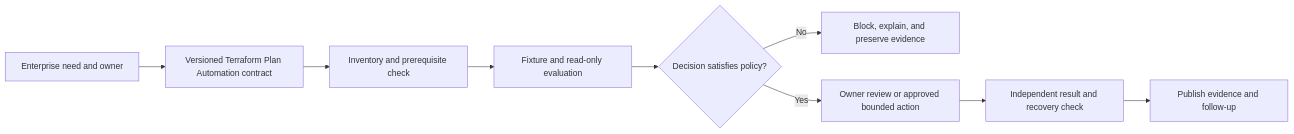
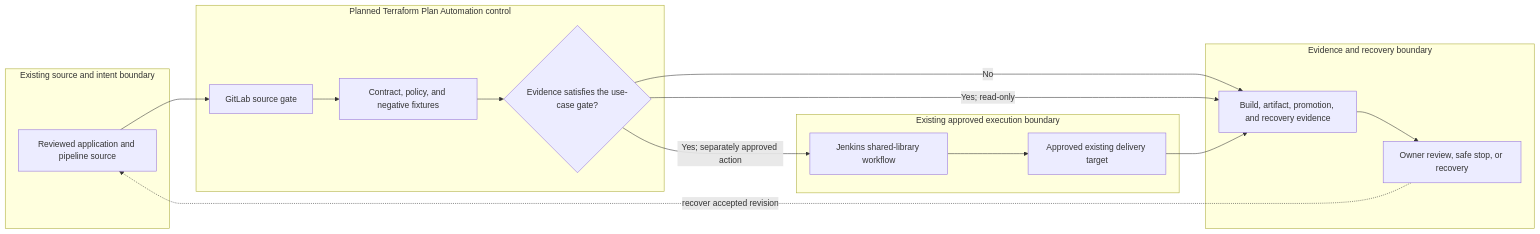
Before and after one commit to MIDHTECH/enterprise-architecture-docs: the diagram in docs/use-cases/devsecops/UC-CICD-014-terraform-plan-automation.md, drawn with Mermaid. The commit also changed other lines of this file and 227 other files, not shown here.

Commit message:
Deepen architecture for all use case designs

````diff
--- a/docs/use-cases/devsecops/UC-CICD-014-terraform-plan-automation.md
+++ b/docs/use-cases/devsecops/UC-CICD-014-terraform-plan-automation.md
@@ -136,11 +129,25 @@
 ```mermaid
 flowchart LR
-    Need["Enterprise need and owner"] --> Contract["Versioned Terraform Plan Automation contract"]
-    Contract --> Preflight["Inventory and prerequisite check"]
-    Preflight --> Evaluate["Fixture and read-only evaluation"]
-    Evaluate --> Decision{"Decision satisfies policy?"}
-    Decision -->|No| Stop["Block, explain, and preserve evidence"]
-    Decision -->|Yes| Review["Owner review or approved bounded action"]
-    Review --> Verify["Independent result and recovery check"]
-    Verify --> Publish["Publish evidence and follow-up"]
+    subgraph Source["Existing source and intent boundary"]
+        A["Reviewed application and pipeline source"]
+    end
+    subgraph Planned["Planned Terraform Plan Automation control"]
+        B["GitLab source gate"]
+        C["Contract, policy, and negative fixtures"]
+        D{"Evidence satisfies the use-case gate?"}
+    end
+    subgraph Runtime["Existing approved execution boundary"]
+        E["Jenkins shared-library workflow"]
+        F["Approved existing delivery target"]
+    end
+    subgraph Assurance["Evidence and recovery boundary"]
+        G["Build, artifact, promotion, and recovery evidence"]
+        H["Owner review, safe stop, or recovery"]
+    end
+
+    A --> B --> C --> D
+    D -->|No| G --> H
+    D -->|Yes; read-only| G
+    D -->|Yes; separately approved action| E --> F --> G
+    H -. recover accepted revision .-> A
 ```
````
